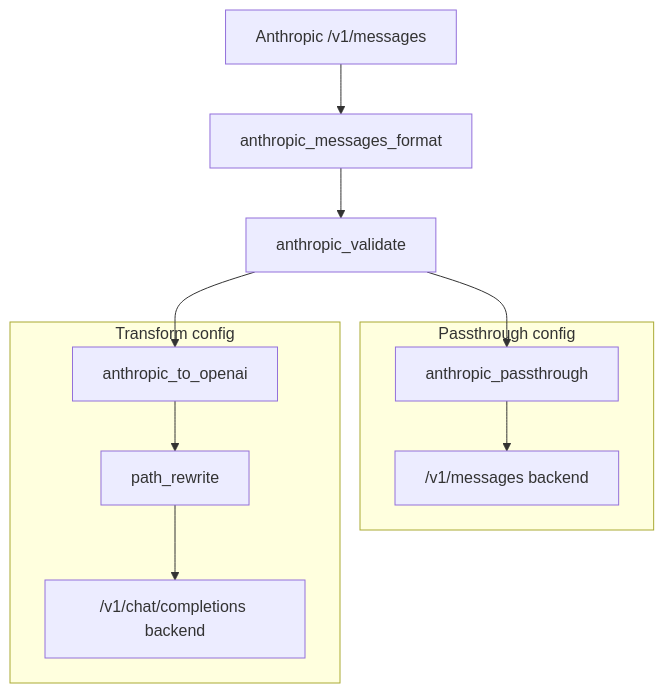
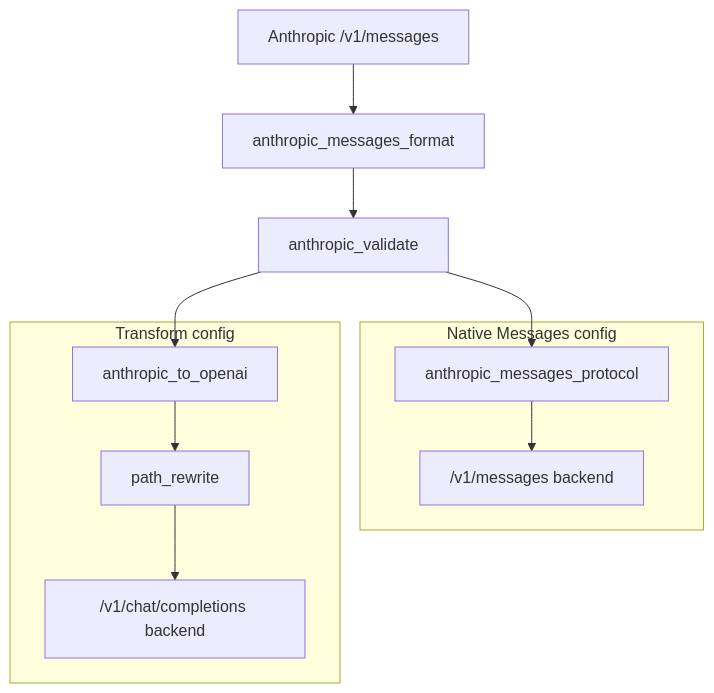
The diagram in docs/proposals/00484_anthropic-messages-api-filters.md (noyitz/ai), drawn with Mermaid before and after one commit. The commit also changed other lines of this file and 15 other files, not shown here.

Commit message:
feat(filter): add anthropic_messages_protocol filter (#589)

````diff
--- a/docs/proposals/00484_anthropic-messages-api-filters.md
+++ b/docs/proposals/00484_anthropic-messages-api-filters.md
@@ -391,24 +391,24 @@
 ```mermaid
 flowchart TD
     Client["Anthropic /v1/messages"]
     Classify["anthropic_messages_format"]
     Validate["anthropic_validate"]
 
     Client --> Classify --> Validate
 
-    subgraph "Passthrough config"
-        Pass["anthropic_passthrough"]
+    subgraph "Native Messages config"
+        Pass["anthropic_messages_protocol"]
         Native["/v1/messages backend"]
         Pass --> Native
     end
 
     subgraph "Transform config"
         Transform["anthropic_to_openai"]
         Rewrite["path_rewrite"]
         OpenAI["/v1/chat/completions backend"]
         Transform --> Rewrite --> OpenAI
     end
 
     Validate --> Pass
     Validate --> Transform
 ```
````
